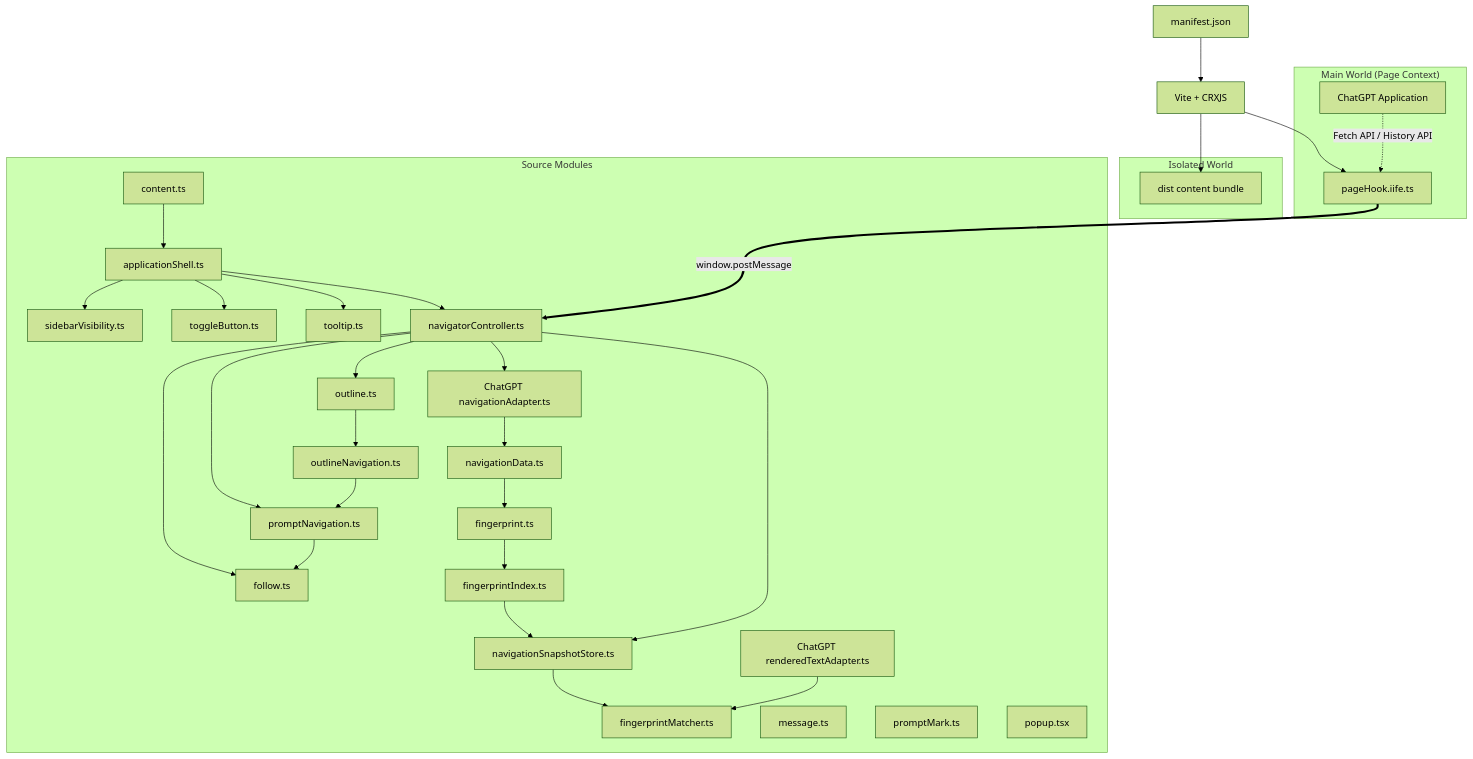
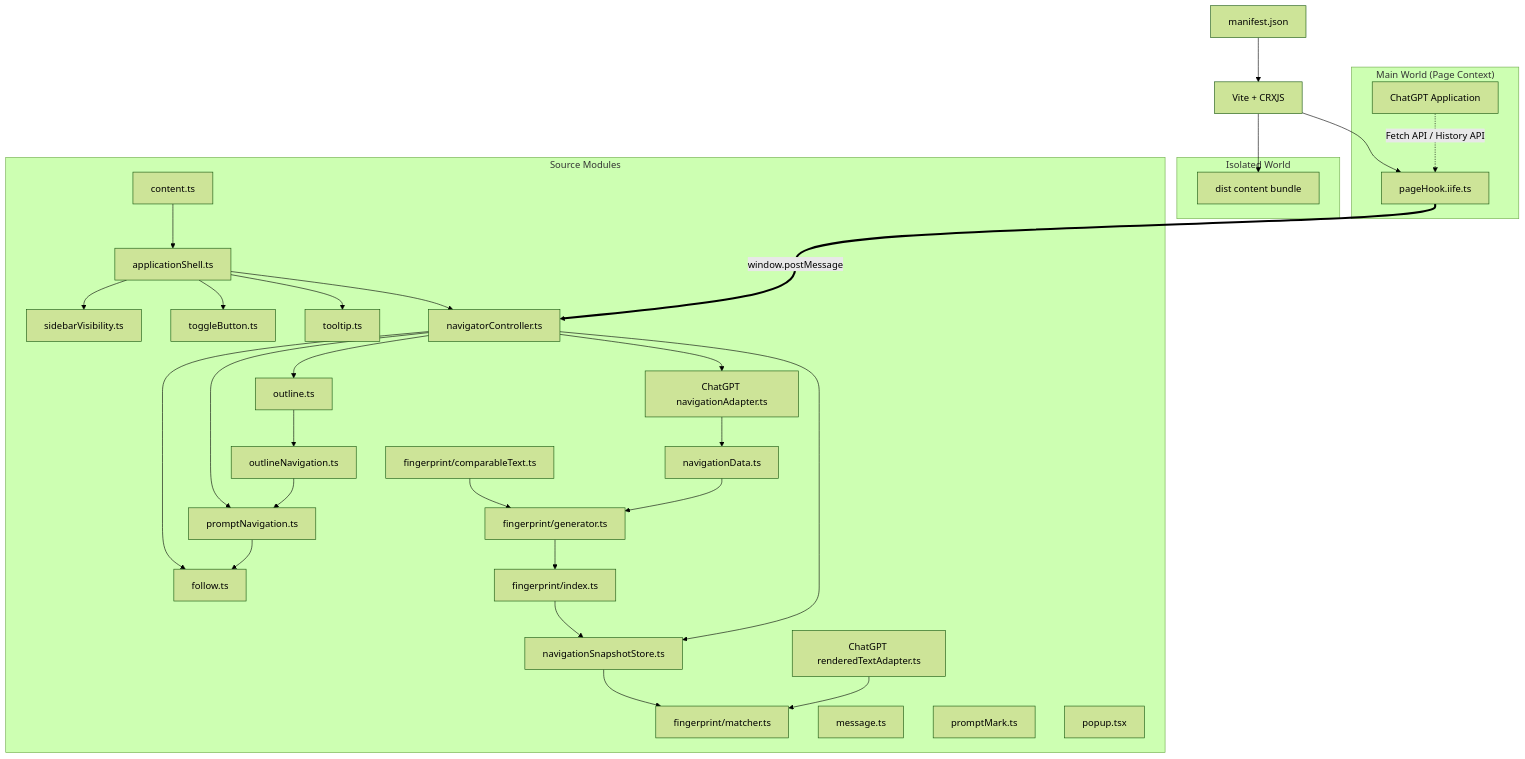
One commit to Leo7805/luna-toc changed the diagram in docs/ARCHITECTURE.md. Above: the diagram before and after it, drawn with Mermaid (forest theme). The commit also changed other lines of this file and 22 other files, not shown here.

Commit message:
refactor(navigation): group fingerprint modules and normalize text

````diff
--- a/docs/ARCHITECTURE.md
+++ b/docs/ARCHITECTURE.md
@@ -15,62 +15,64 @@
 ```mermaid
 graph TD
     manifest[manifest.json]
     vite[Vite + CRXJS]
 
     subgraph sourceModules["Source Modules"]
         content[content.ts]
         outline[outline.ts]
         outlineNavigation[outlineNavigation.ts]
         follow[follow.ts]
         promptNavigation[promptNavigation.ts]
         navigationData[navigationData.ts]
-        fingerprint[fingerprint.ts]
-        fingerprintIndex[fingerprintIndex.ts]
-        fingerprintMatcher[fingerprintMatcher.ts]
+        comparableText[fingerprint/comparableText.ts]
+        fingerprint[fingerprint/generator.ts]
+        fingerprintIndex[fingerprint/index.ts]
+        fingerprintMatcher[fingerprint/matcher.ts]
         snapshotStore[navigationSnapshotStore.ts]
         chatGptAdapter[ChatGPT navigationAdapter.ts]
         chatGptRenderedText[ChatGPT renderedTextAdapter.ts]
         msg[message.ts]
         mark[promptMark.ts]
         vis[sidebarVisibility.ts]
         btn[toggleButton.ts]
         tip[tooltip.ts]
         navigator[navigatorController.ts]
         shell[applicationShell.ts]
         popup[popup.tsx]
     end
 
     subgraph isolatedWorld["Isolated World"]
         contentBundle[dist content bundle]
     end
 
     subgraph mainWorld["Main World (Page Context)"]
         hook[pageHook.iife.ts]
         chatgpt[ChatGPT Application]
     end
 
     manifest --> vite
     content --> shell
     shell --> navigator
     shell --> vis
     shell --> btn
     shell --> tip
     navigator --> outline
     navigator --> promptNavigation
     chatGptAdapter --> navigationData
+    comparableText --> fingerprint
     navigationData --> fingerprint
     fingerprint --> fingerprintIndex
     fingerprintIndex --> snapshotStore
     snapshotStore --> fingerprintMatcher
     navigator --> snapshotStore
     navigator --> chatGptAdapter
     chatGptRenderedText --> fingerprintMatcher
     navigator --> follow
     outline --> outlineNavigation
     outlineNavigation --> promptNavigation
     promptNavigation --> follow
     vite --> contentBundle
     vite --> hook
     hook ===>|window.postMessage| navigator
     chatgpt -.->|Fetch API / History API| hook
 ```
````
